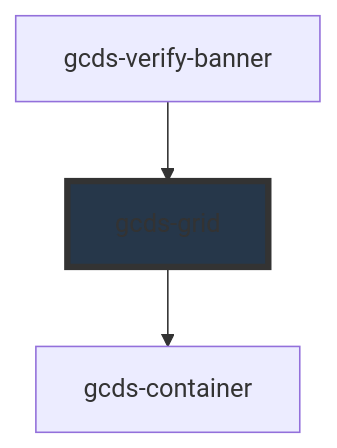
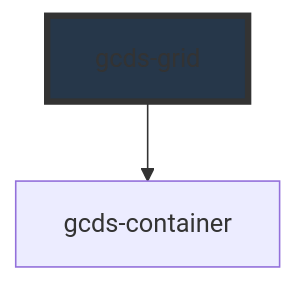
Before and after one commit to cds-snc/gcds-components: the diagram in packages/web/src/components/gcds-grid/readme.md, drawn with Mermaid. The commit also changed other lines of this file and 18 other files, not shown here.

Commit message:
remove(gcds-phase-banner): remove gcds-verify-banner component

````diff
--- a/packages/web/src/components/gcds-grid/readme.md
+++ b/packages/web/src/components/gcds-grid/readme.md
@@ -53,6 +49,5 @@
 ```mermaid
 graph TD;
   gcds-grid --> gcds-container
-  gcds-verify-banner --> gcds-grid
   style gcds-grid fill:#26374a,stroke:#333,stroke-width:4px
 ```
````
